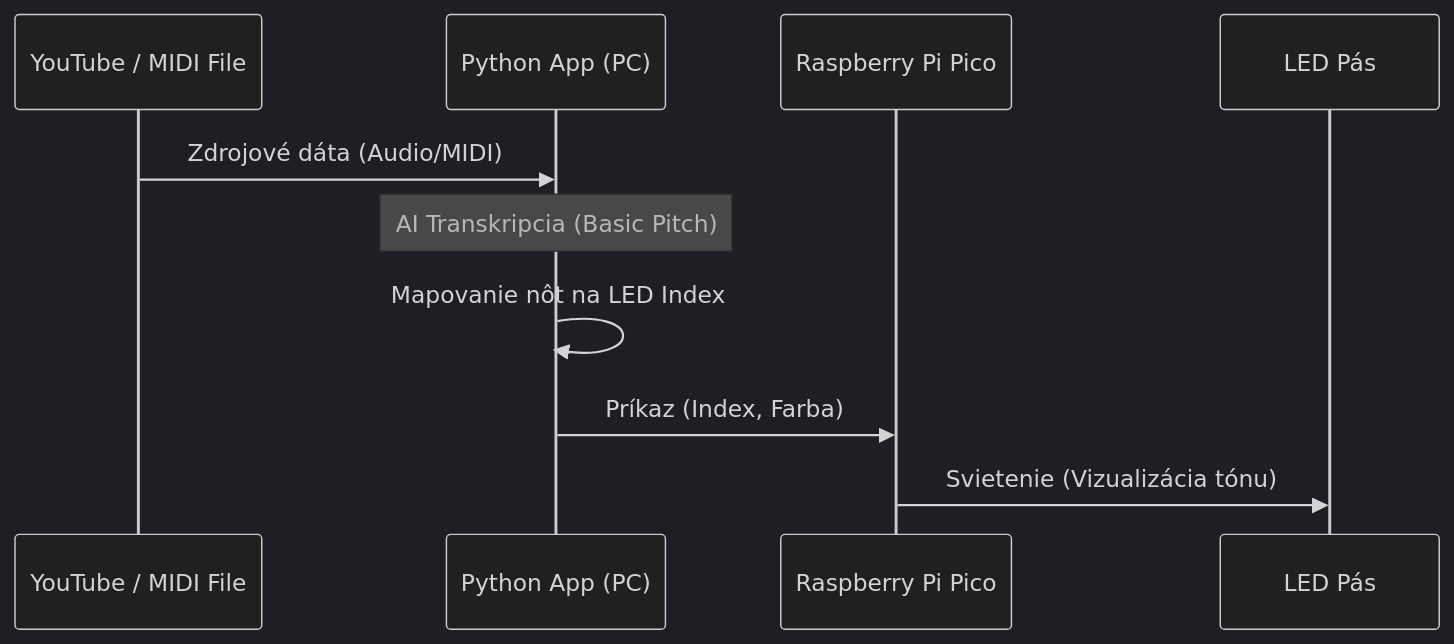
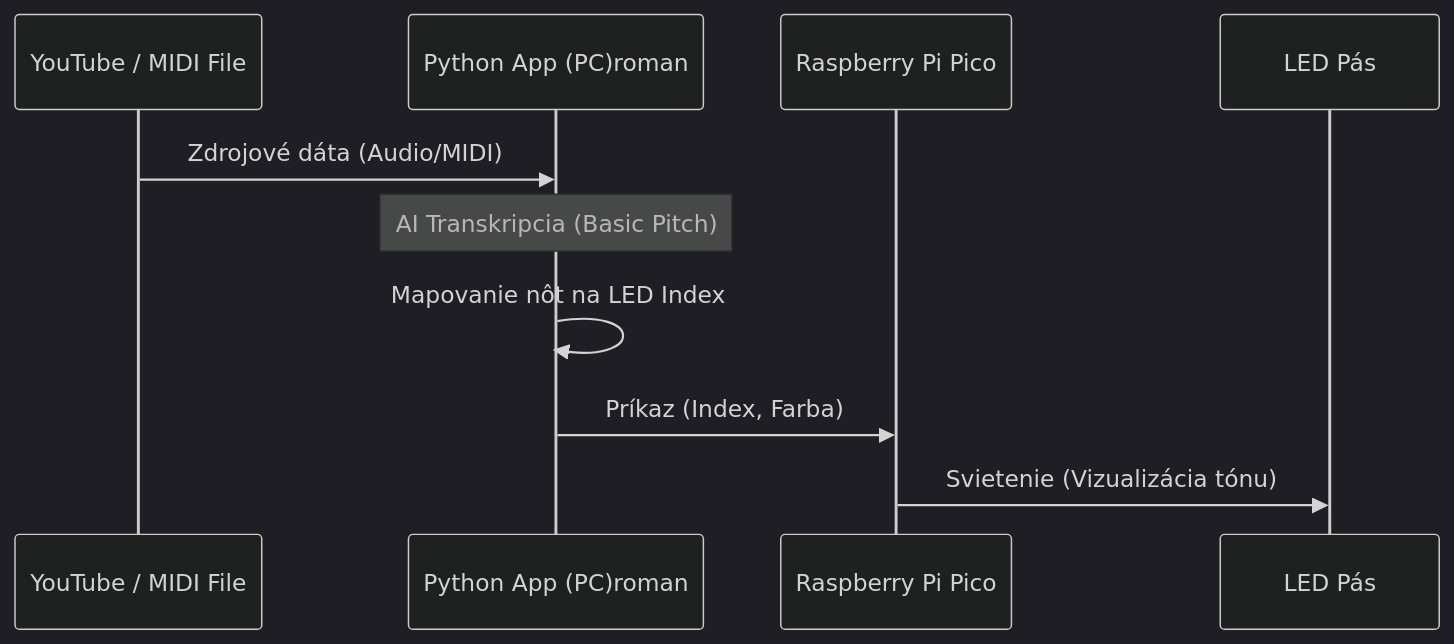
Before and after one commit to 06-STH-Projects/class_sthdf_2025-2026: the second of 3 diagrams in content/docs/sk/class_sthdf_dashboard/01-class_sthdf_dashboard_2025-2026/projects/PRJ007/presentation/slides.md, drawn with Mermaid (dark theme). The commit also changed other lines of this file and 9 other files, not shown here.

````diff
--- a/content/docs/sk/class_sthdf_dashboard/01-class_sthdf_dashboard_2025-2026/projects/PRJ007/presentation/slides.md
+++ b/content/docs/sk/class_sthdf_dashboard/01-class_sthdf_dashboard_2025-2026/projects/PRJ007/presentation/slides.md
@@ -252,13 +258,13 @@
 ```mermaid
 sequenceDiagram
     participant YT as YouTube / MIDI File
-    participant PC as Python App (PC)
+    participant PC as Python App (PC)roman
     participant Pico as Raspberry Pi Pico
     participant LED as LED Pás
 
     YT->>PC: Zdrojové dáta (Audio/MIDI)
     Note over PC: AI Transkripcia (Basic Pitch)
     PC->>PC: Mapovanie nôt na LED Index
     PC->>Pico: Príkaz (Index, Farba)
     Pico->>LED: Svietenie (Vizualizácia tónu)
 ```
````
